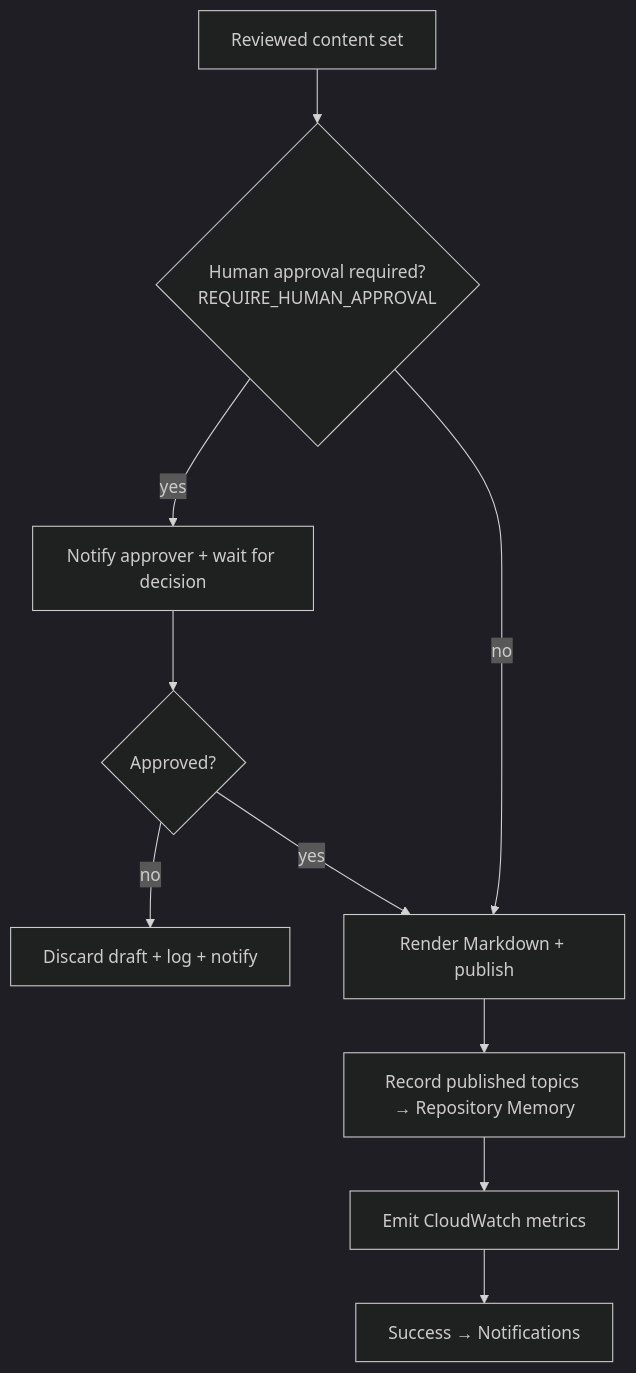
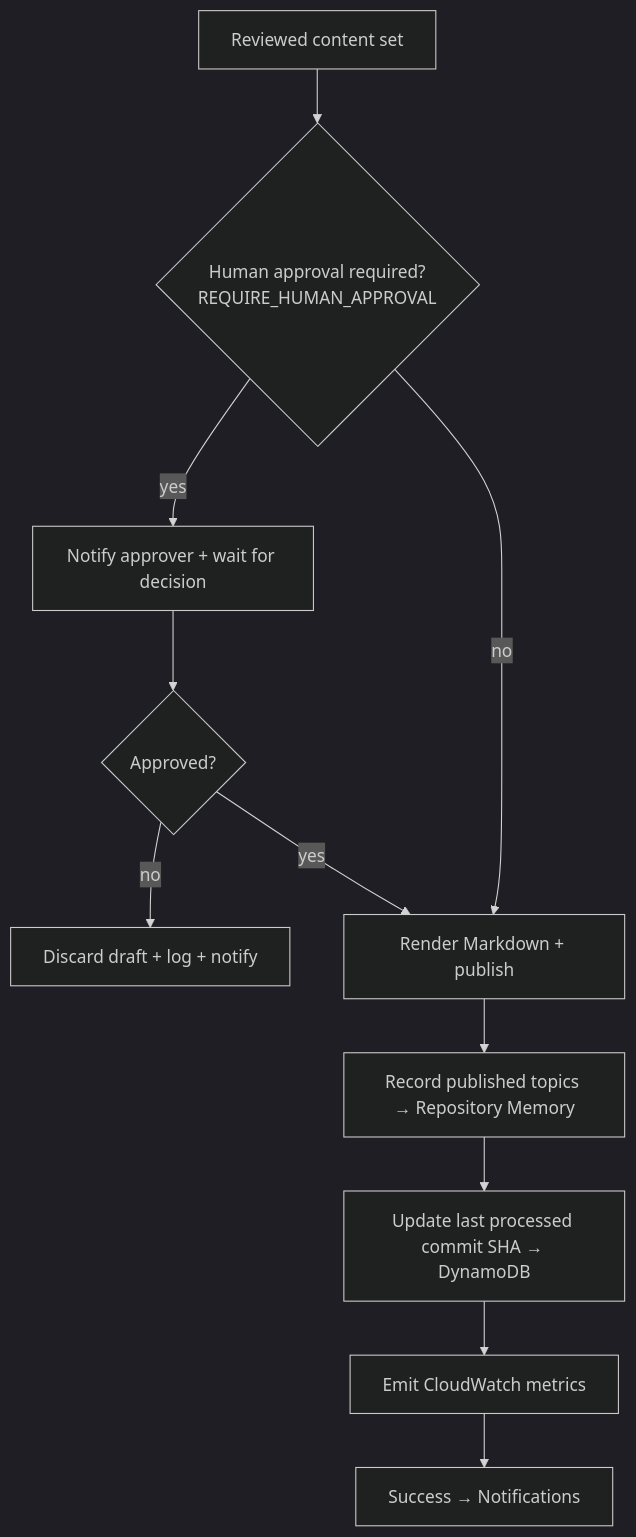
One commit to teddynted/ai-github-repository-blog-generator changed the eighth of 9 diagrams in docs/workflows.md. Above: the diagram before and after it, drawn with Mermaid (dark theme). The commit also changed other lines of this file and 12 other files, not shown here.

````diff
--- a/docs/workflows.md
+++ b/docs/workflows.md
@@ -169,12 +173,13 @@
 ```mermaid
 flowchart TB
     C[Reviewed content set] --> G{Human approval required?<br/>REQUIRE_HUMAN_APPROVAL}
     G -- yes --> WAIT[Notify approver + wait for decision]
     WAIT --> DEC{Approved?}
     DEC -- no --> REJ[Discard draft + log + notify]
     DEC -- yes --> PUB
     G -- no --> PUB[Render Markdown + publish]
     PUB --> REC[Record published topics → Repository Memory]
-    REC --> ME[Emit CloudWatch metrics]
+    REC --> SHA[Update last processed commit SHA → DynamoDB]
+    SHA --> ME[Emit CloudWatch metrics]
     ME --> OK[Success → Notifications]
 ```
````
